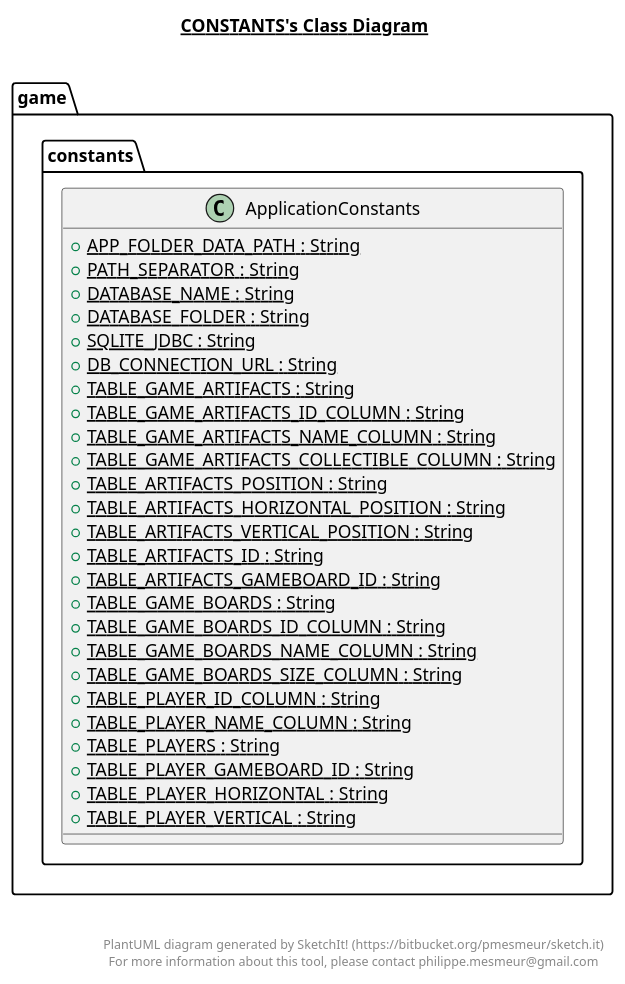
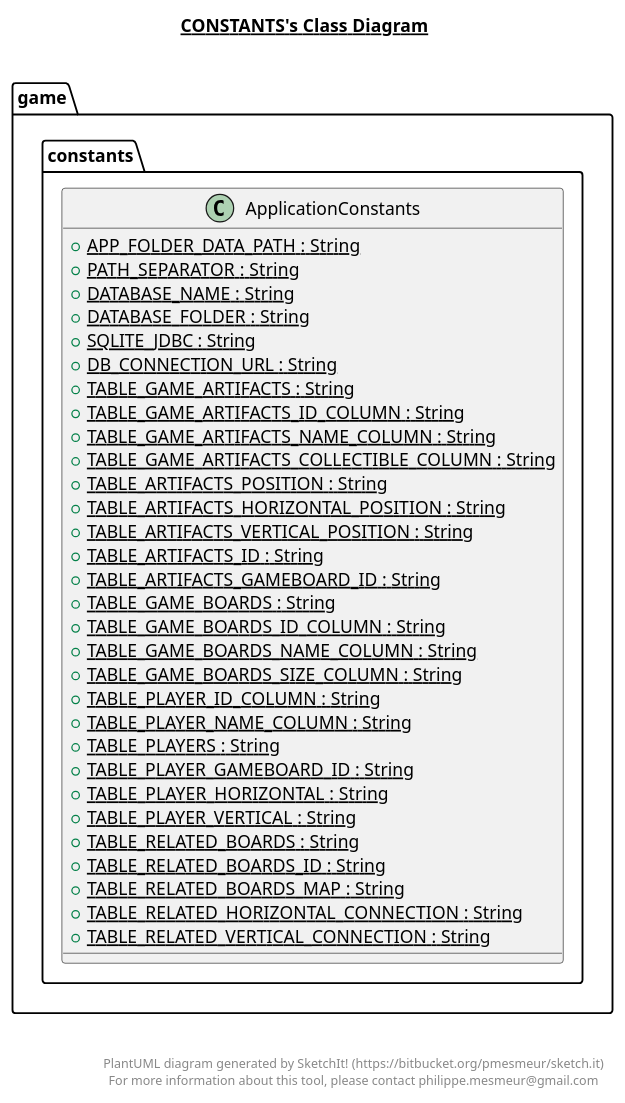
Before and after one commit to rflorian2017/TextAdventureGame: the diagram in src/game/constants/constants.plantuml, drawn with PlantUML. The commit also changed 10 other files, not shown here.

```diff
--- a/src/game/constants/constants.plantuml
+++ b/src/game/constants/constants.plantuml
@@ -1,47 +1,52 @@
 @startuml
 
 title __CONSTANTS's Class Diagram__\n
 
   package game {
     package game.constants {
       class ApplicationConstants {
           {static} + APP_FOLDER_DATA_PATH : String
           {static} + PATH_SEPARATOR : String
           {static} + DATABASE_NAME : String
           {static} + DATABASE_FOLDER : String
           {static} + SQLITE_JDBC : String
           {static} + DB_CONNECTION_URL : String
           {static} + TABLE_GAME_ARTIFACTS : String
           {static} + TABLE_GAME_ARTIFACTS_ID_COLUMN : String
           {static} + TABLE_GAME_ARTIFACTS_NAME_COLUMN : String
           {static} + TABLE_GAME_ARTIFACTS_COLLECTIBLE_COLUMN : String
           {static} + TABLE_ARTIFACTS_POSITION : String
           {static} + TABLE_ARTIFACTS_HORIZONTAL_POSITION : String
           {static} + TABLE_ARTIFACTS_VERTICAL_POSITION : String
           {static} + TABLE_ARTIFACTS_ID : String
           {static} + TABLE_ARTIFACTS_GAMEBOARD_ID : String
           {static} + TABLE_GAME_BOARDS : String
           {static} + TABLE_GAME_BOARDS_ID_COLUMN : String
           {static} + TABLE_GAME_BOARDS_NAME_COLUMN : String
           {static} + TABLE_GAME_BOARDS_SIZE_COLUMN : String
           {static} + TABLE_PLAYER_ID_COLUMN : String
           {static} + TABLE_PLAYER_NAME_COLUMN : String
           {static} + TABLE_PLAYERS : String
           {static} + TABLE_PLAYER_GAMEBOARD_ID : String
           {static} + TABLE_PLAYER_HORIZONTAL : String
           {static} + TABLE_PLAYER_VERTICAL : String
+          {static} + TABLE_RELATED_BOARDS : String
+          {static} + TABLE_RELATED_BOARDS_ID : String
+          {static} + TABLE_RELATED_BOARDS_MAP : String
+          {static} + TABLE_RELATED_HORIZONTAL_CONNECTION : String
+          {static} + TABLE_RELATED_VERTICAL_CONNECTION : String
       }
     }
   }
   
 
 
 
 right footer
 
 
 PlantUML diagram generated by SketchIt! (https://bitbucket.org/pmesmeur/sketch.it)
 For more information about this tool, please contact philippe.mesmeur@gmail.com
 endfooter
 
 @enduml
```
